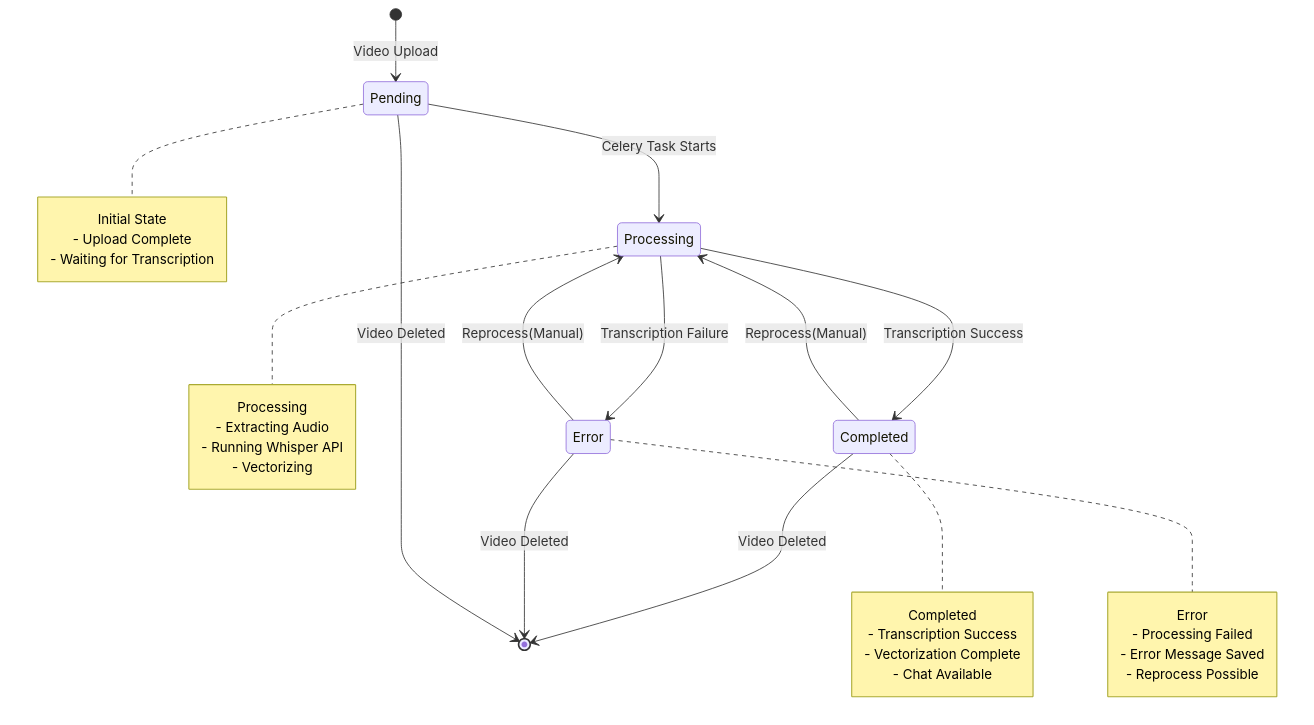
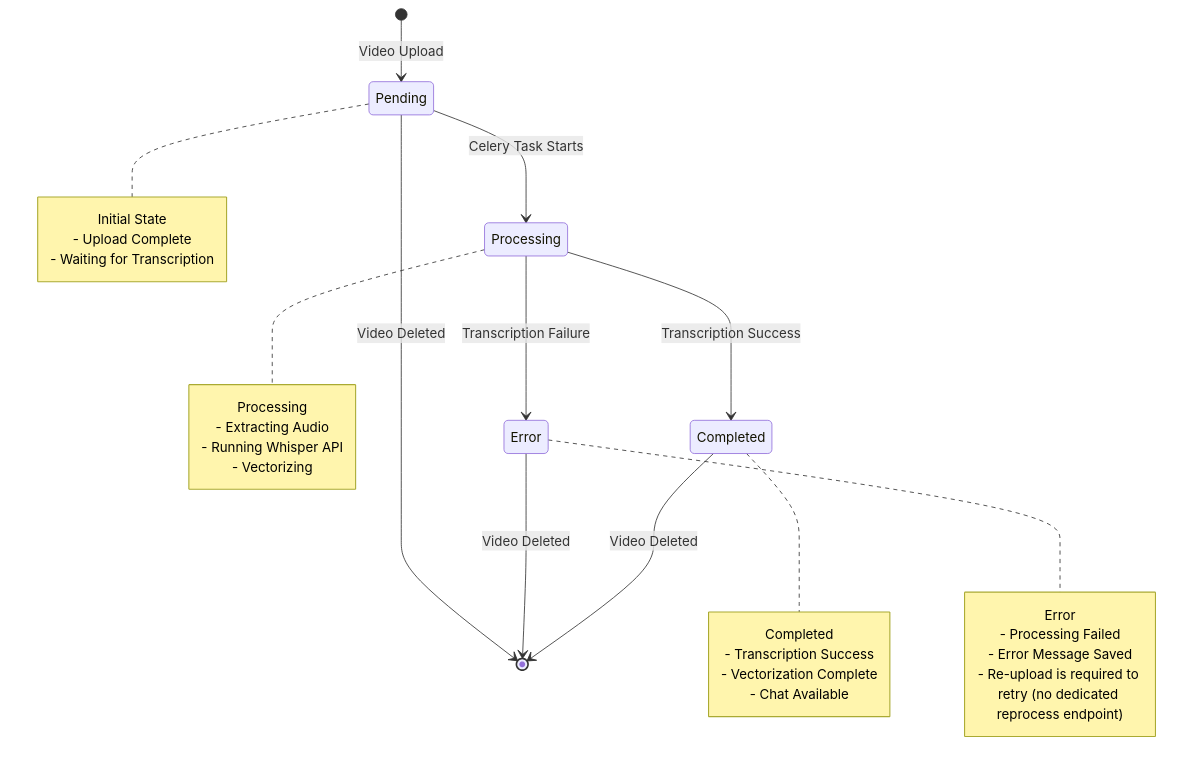
Before and after one commit to yukiharada1228/videoq: the first of 5 diagrams in docs/design/state-diagram.md, drawn with Mermaid. The commit also changed 10 other files, not shown here.

````diff
--- a/docs/design/state-diagram.md
+++ b/docs/design/state-diagram.md
@@ -9,42 +9,39 @@
 ```mermaid
 stateDiagram-v2
     [*] --> Pending: Video Upload
     
     Pending --> Processing: Celery Task Starts
     Processing --> Completed: Transcription Success
     Processing --> Error: Transcription Failure
-    
-    Completed --> Processing: Reprocess(Manual)
-    Error --> Processing: Reprocess(Manual)
     
     Completed --> [*]: Video Deleted
     Error --> [*]: Video Deleted
     Pending --> [*]: Video Deleted
     
     note right of Pending
         Initial State
         - Upload Complete
         - Waiting for Transcription
     end note
     
     note right of Processing
         Processing
         - Extracting Audio
         - Running Whisper API
         - Vectorizing
     end note
     
     note right of Completed
         Completed
         - Transcription Success
         - Vectorization Complete
         - Chat Available
     end note
     
     note right of Error
         Error
         - Processing Failed
         - Error Message Saved
-        - Reprocess Possible
+        - Re-upload is required to retry (no dedicated reprocess endpoint)
     end note
 ```
````
